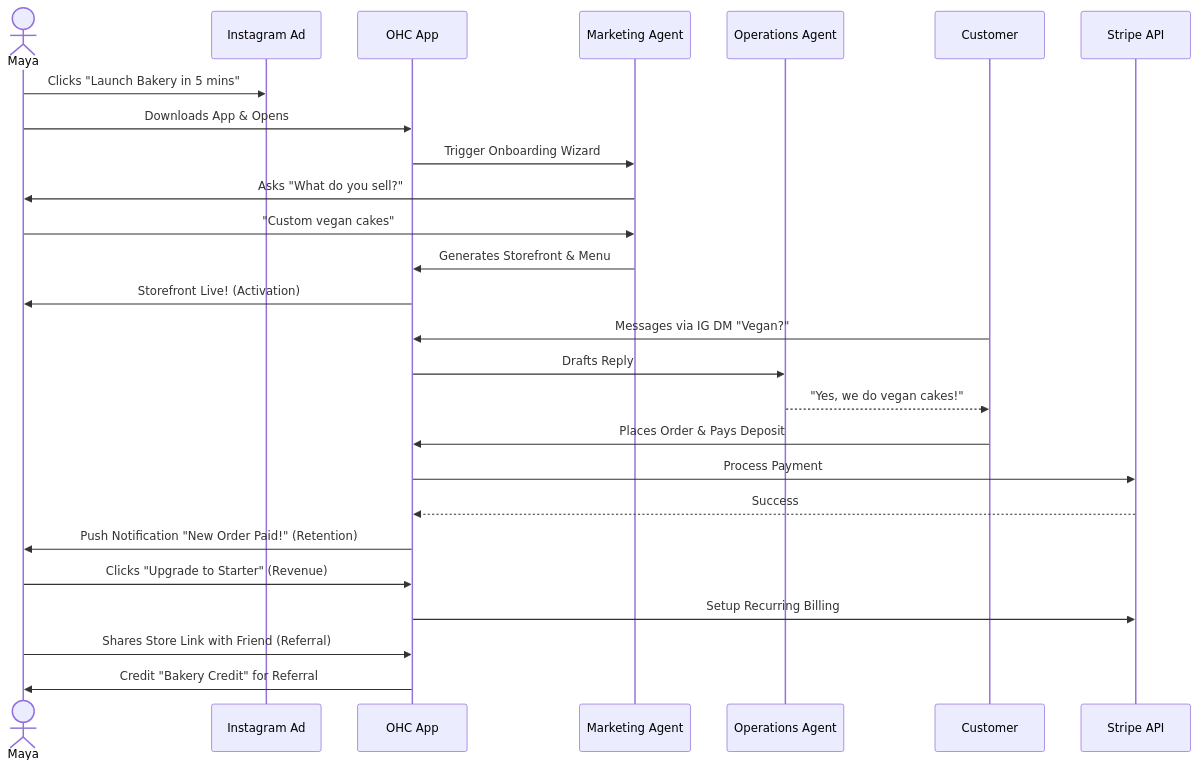
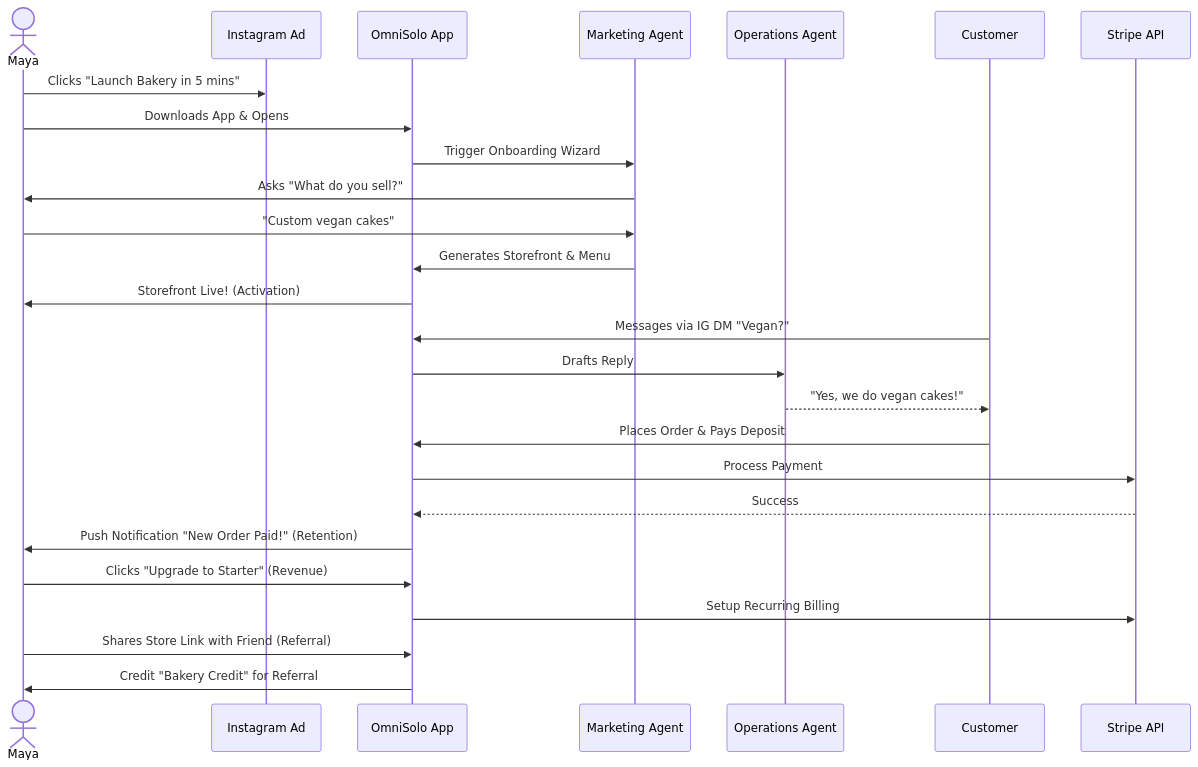
Before and after one commit to omnisolo-llc/onehumancorp: the first of 5 diagrams in docs/research/[architecture]_end_to_end_business_journey_detailed.md, drawn with Mermaid. The commit also changed other lines of this file and 2191 other files, not shown here.

Commit message:
feat: complete OmniSolo rename and browser audit

````diff
--- a/docs/research/[architecture]_end_to_end_business_journey_detailed.md
+++ b/docs/research/[architecture]_end_to_end_business_journey_detailed.md
@@ -40,29 +40,29 @@
 ```mermaid
 sequenceDiagram
     actor Maya
     participant Ad as Instagram Ad
-    participant OHC as OHC App
+    participant OmniSolo as OmniSolo App
     participant AI_Mark as Marketing Agent
     participant AI_Ops as Operations Agent
     participant Cust as Customer
     participant Stripe as Stripe API
 
     Maya->>Ad: Clicks "Launch Bakery in 5 mins"
-    Maya->>OHC: Downloads App & Opens
-    OHC->>AI_Mark: Trigger Onboarding Wizard
+    Maya->>OmniSolo: Downloads App & Opens
+    OmniSolo->>AI_Mark: Trigger Onboarding Wizard
     AI_Mark->>Maya: Asks "What do you sell?"
     Maya->>AI_Mark: "Custom vegan cakes"
-    AI_Mark->>OHC: Generates Storefront & Menu
-    OHC->>Maya: Storefront Live! (Activation)
-    Cust->>OHC: Messages via IG DM "Vegan?"
-    OHC->>AI_Ops: Drafts Reply
+    AI_Mark->>OmniSolo: Generates Storefront & Menu
+    OmniSolo->>Maya: Storefront Live! (Activation)
+    Cust->>OmniSolo: Messages via IG DM "Vegan?"
+    OmniSolo->>AI_Ops: Drafts Reply
     AI_Ops-->>Cust: "Yes, we do vegan cakes!"
-    Cust->>OHC: Places Order & Pays Deposit
-    OHC->>Stripe: Process Payment
-    Stripe-->>OHC: Success
-    OHC->>Maya: Push Notification "New Order Paid!" (Retention)
-    Maya->>OHC: Clicks "Upgrade to Starter" (Revenue)
-    OHC->>Stripe: Setup Recurring Billing
-    Maya->>OHC: Shares Store Link with Friend (Referral)
-    OHC->>Maya: Credit "Bakery Credit" for Referral
+    Cust->>OmniSolo: Places Order & Pays Deposit
+    OmniSolo->>Stripe: Process Payment
+    Stripe-->>OmniSolo: Success
+    OmniSolo->>Maya: Push Notification "New Order Paid!" (Retention)
+    Maya->>OmniSolo: Clicks "Upgrade to Starter" (Revenue)
+    OmniSolo->>Stripe: Setup Recurring Billing
+    Maya->>OmniSolo: Shares Store Link with Friend (Referral)
+    OmniSolo->>Maya: Credit "Bakery Credit" for Referral
 ```
````
